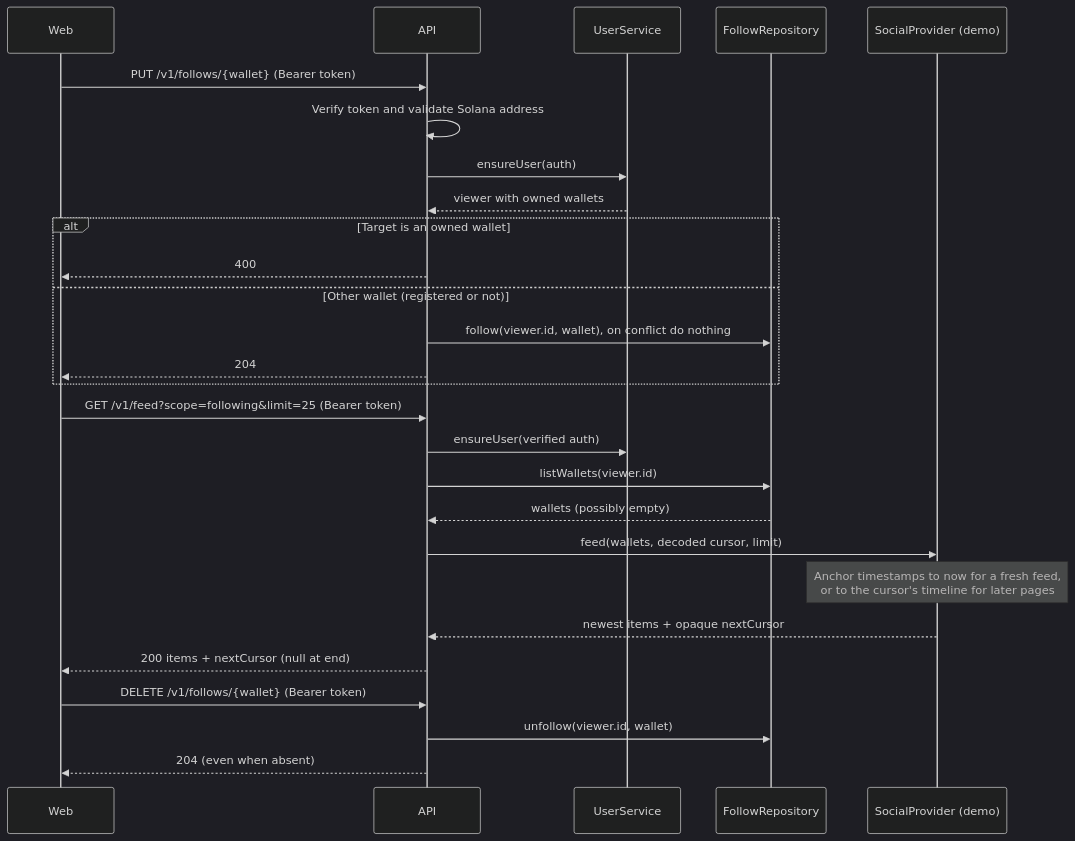
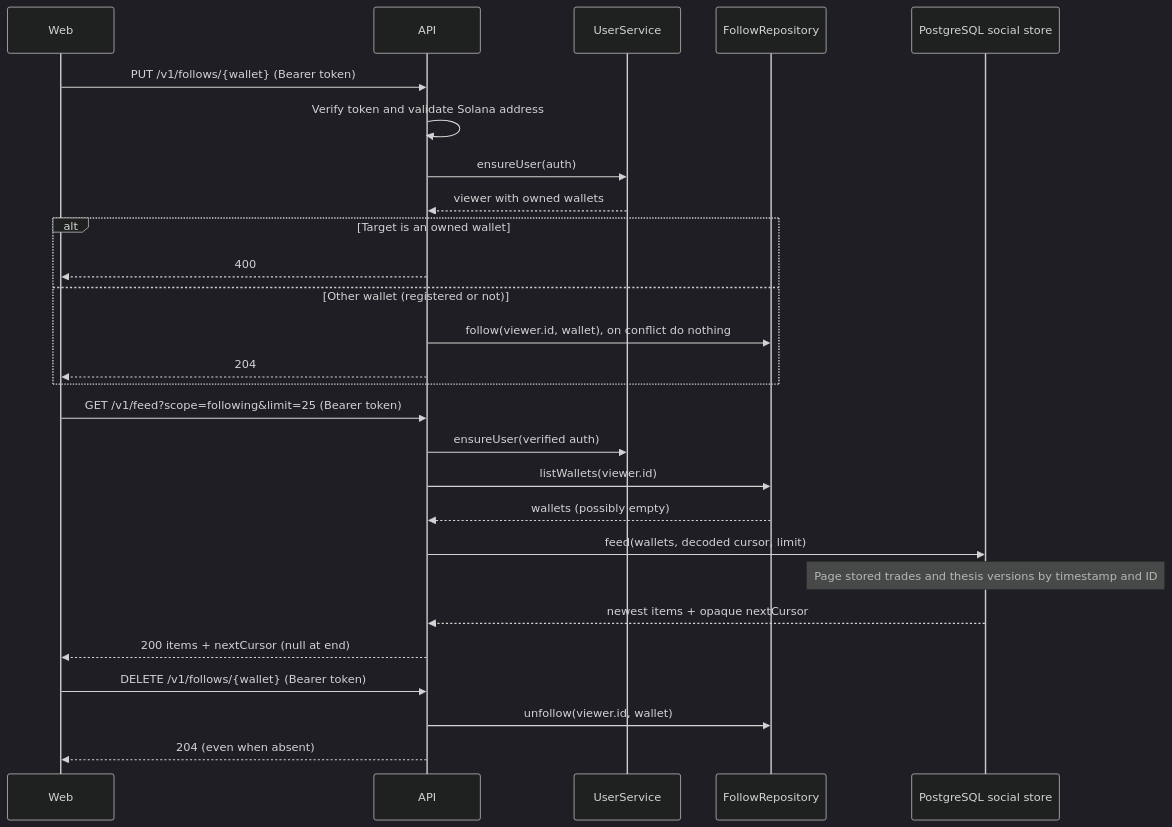
One commit to jog01/agele changed the eighth of 13 diagrams in docs/flows.md. Above: the diagram before and after it, drawn with Mermaid (dark theme). The commit also changed other lines of this file and 44 other files, not shown here.

Commit message:
feat(social): persist and seed social discussions and trade feed

````diff
--- a/docs/flows.md
+++ b/docs/flows.md
@@ -230,29 +230,29 @@
 ```mermaid
 sequenceDiagram
   participant W as Web
   participant A as API
   participant U as UserService
   participant R as FollowRepository
-  participant S as SocialProvider (demo)
+  participant S as PostgreSQL social store
   W->>A: PUT /v1/follows/{wallet} (Bearer token)
   A->>A: Verify token and validate Solana address
   A->>U: ensureUser(auth)
   U-->>A: viewer with owned wallets
   alt Target is an owned wallet
     A-->>W: 400
   else Other wallet (registered or not)
     A->>R: follow(viewer.id, wallet), on conflict do nothing
     A-->>W: 204
   end
   W->>A: GET /v1/feed?scope=following&limit=25 (Bearer token)
   A->>U: ensureUser(verified auth)
   A->>R: listWallets(viewer.id)
   R-->>A: wallets (possibly empty)
   A->>S: feed(wallets, decoded cursor, limit)
-  Note over S: Anchor timestamps to now for a fresh feed,<br/>or to the cursor's timeline for later pages
+  Note over S: Page stored trades and thesis versions by timestamp and ID
   S-->>A: newest items + opaque nextCursor
   A-->>W: 200 items + nextCursor (null at end)
   W->>A: DELETE /v1/follows/{wallet} (Bearer token)
   A->>R: unfollow(viewer.id, wallet)
   A-->>W: 204 (even when absent)
 ```
````
